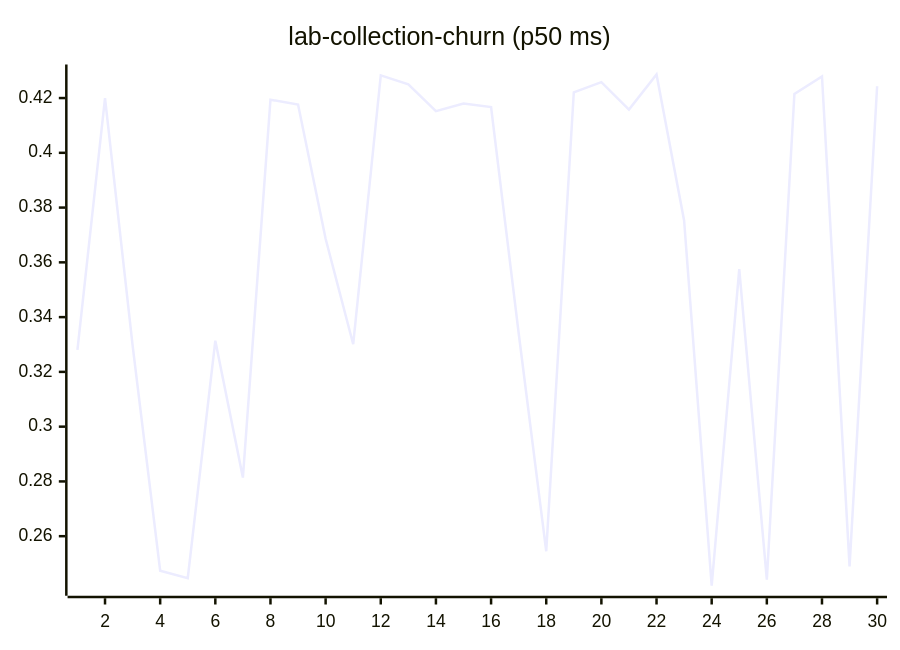
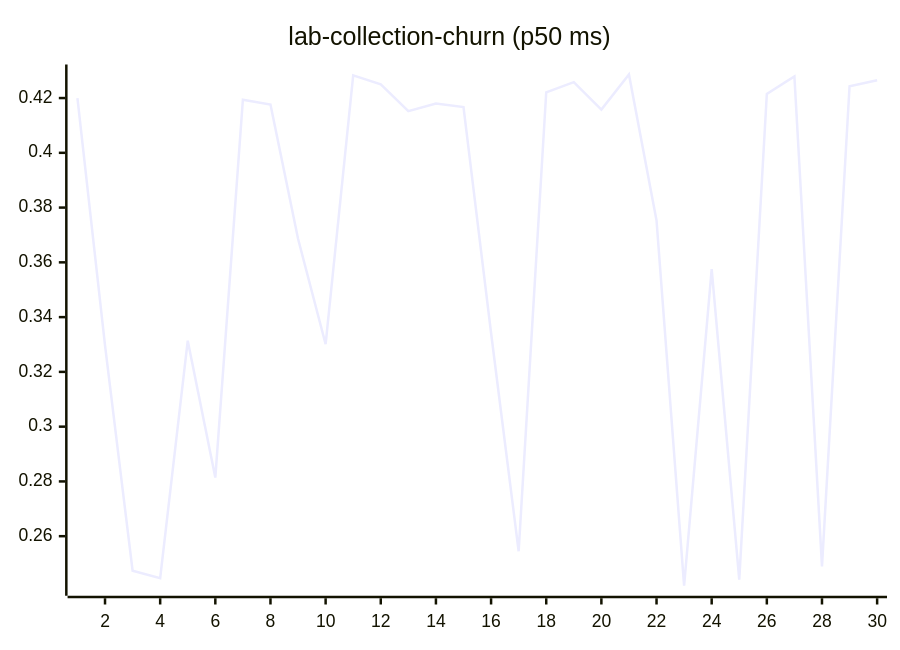
Before and after one commit to josha/Facet: diagram 11 of 27 in README.md, drawn with Mermaid. The commit also changed other lines of this file and 2 other files, not shown here.

````diff
--- a/README.md
+++ b/README.md
@@ -133,6 +133,6 @@
 ```mermaid
 xychart-beta
     title "lab-collection-churn (p50 ms)"
     x-axis 1 --> 30
-    line [0.3280, 0.4200, 0.3297, 0.2474, 0.2447, 0.3314, 0.2814, 0.4194, 0.4176, 0.3686, 0.3301, 0.4283, 0.4250, 0.4152, 0.4180, 0.4167, 0.3342, 0.2545, 0.4221, 0.4258, 0.4158, 0.4286, 0.3753, 0.2419, 0.3575, 0.2441, 0.4215, 0.4279, 0.2490, 0.4243]
+    line [0.4200, 0.3297, 0.2474, 0.2447, 0.3314, 0.2814, 0.4194, 0.4176, 0.3686, 0.3301, 0.4283, 0.4250, 0.4152, 0.4180, 0.4167, 0.3342, 0.2545, 0.4221, 0.4258, 0.4158, 0.4286, 0.3753, 0.2419, 0.3575, 0.2441, 0.4215, 0.4279, 0.2490, 0.4243, 0.4265]
 ```
````
